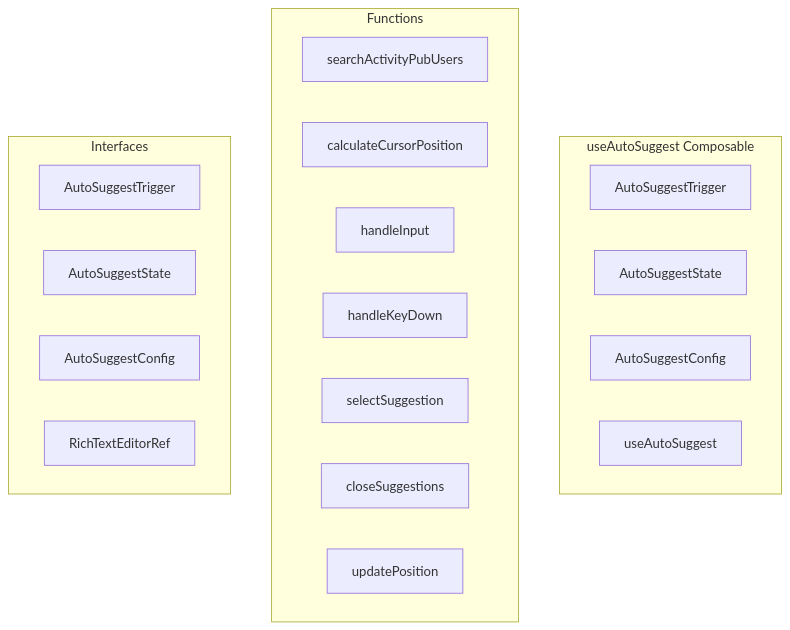
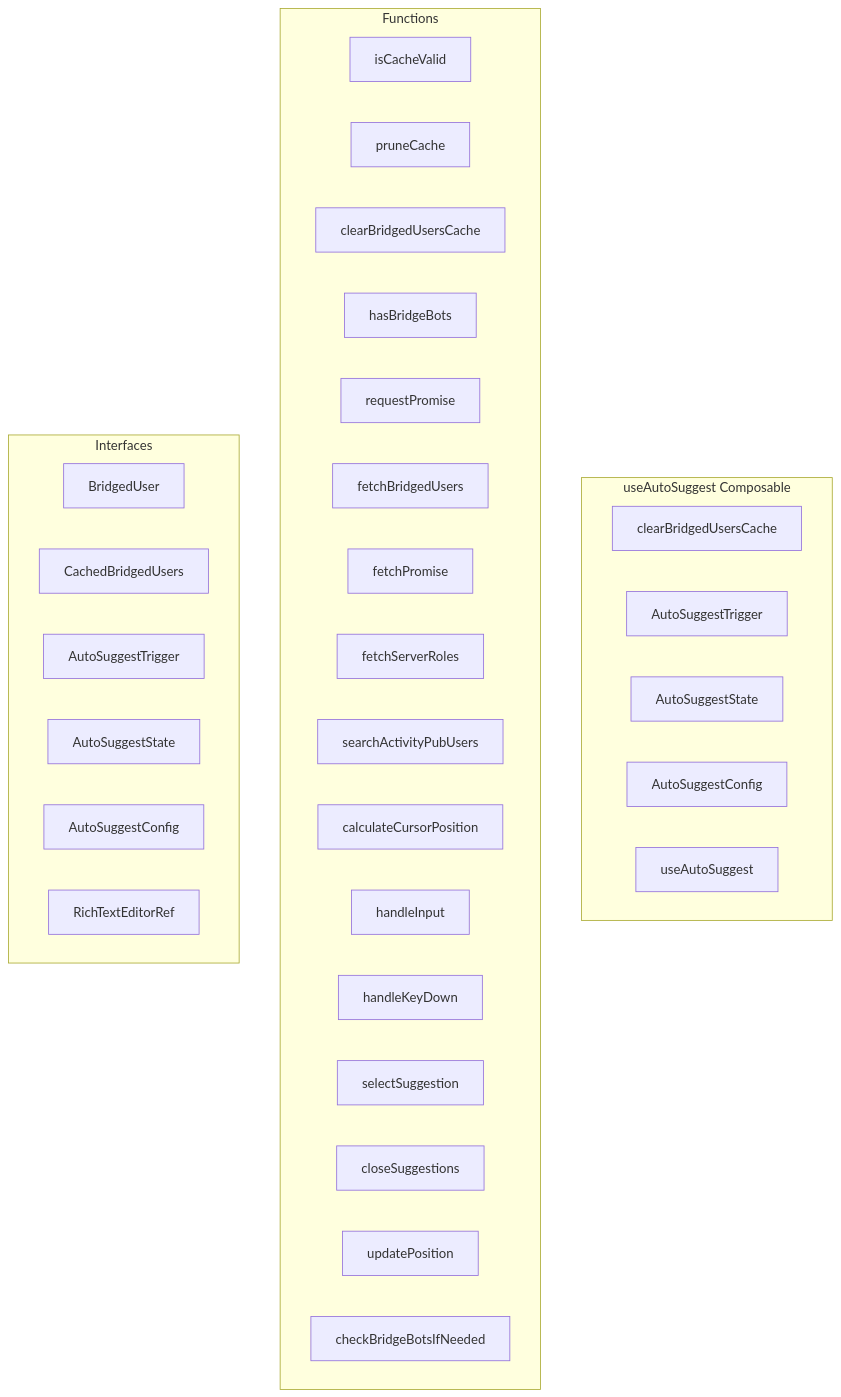
Before and after one commit to y4my4my4m/harmony: the diagram in docs/api/composables/useautosuggest.md, drawn with Mermaid. The commit also changed other lines of this file and 211 other files, not shown here.

````diff
--- a/docs/api/composables/useautosuggest.md
+++ b/docs/api/composables/useautosuggest.md
@@ -7,26 +7,38 @@
 ```mermaid
 graph TB
     subgraph "useAutoSuggest Composable"
+        CLEARBRIDGEDUSERSCACHE[clearBridgedUsersCache]
         AUTOSUGGESTTRIGGER[AutoSuggestTrigger]
         AUTOSUGGESTSTATE[AutoSuggestState]
         AUTOSUGGESTCONFIG[AutoSuggestConfig]
         USEAUTOSUGGEST[useAutoSuggest]
     end
     
     subgraph "Functions"
+        FN_ISCACHEVALID[isCacheValid]
+        FN_PRUNECACHE[pruneCache]
+        FN_CLEARBRIDGEDUSERSCACHE[clearBridgedUsersCache]
+        FN_HASBRIDGEBOTS[hasBridgeBots]
+        FN_REQUESTPROMISE[requestPromise]
+        FN_FETCHBRIDGEDUSERS[fetchBridgedUsers]
+        FN_FETCHPROMISE[fetchPromise]
+        FN_FETCHSERVERROLES[fetchServerRoles]
         FN_SEARCHACTIVITYPUBUSERS[searchActivityPubUsers]
         FN_CALCULATECURSORPOSITION[calculateCursorPosition]
         FN_HANDLEINPUT[handleInput]
         FN_HANDLEKEYDOWN[handleKeyDown]
         FN_SELECTSUGGESTION[selectSuggestion]
         FN_CLOSESUGGESTIONS[closeSuggestions]
         FN_UPDATEPOSITION[updatePosition]
+        FN_CHECKBRIDGEBOTSIFNEEDED[checkBridgeBotsIfNeeded]
     end
     
     subgraph "Interfaces"
+        INT_BRIDGEDUSER[BridgedUser]
+        INT_CACHEDBRIDGEDUSERS[CachedBridgedUsers]
         INT_AUTOSUGGESTTRIGGER[AutoSuggestTrigger]
         INT_AUTOSUGGESTSTATE[AutoSuggestState]
         INT_AUTOSUGGESTCONFIG[AutoSuggestConfig]
         INT_RICHTEXTEDITORREF[RichTextEditorRef]
     end
 ```
````
